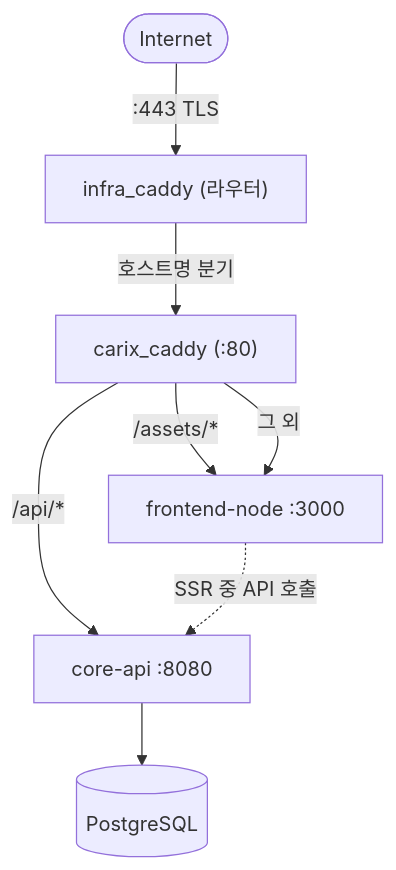
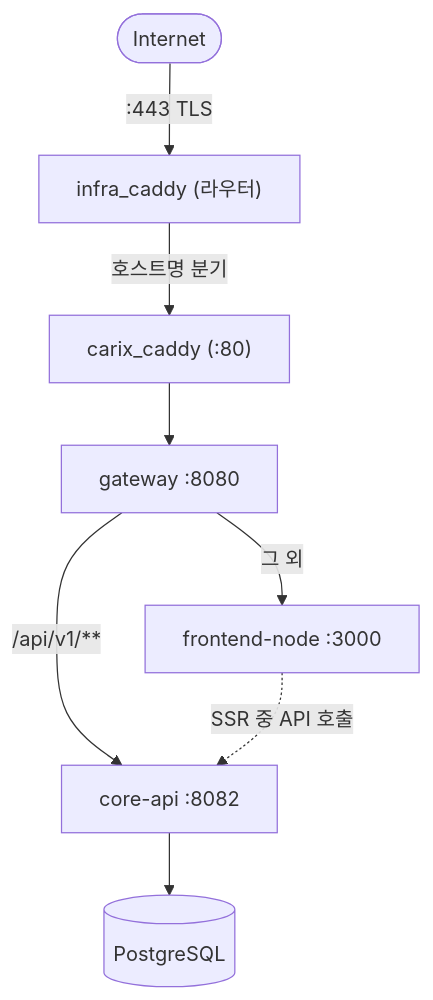
Before and after one commit to SeoHyeokGyu/Carix: the diagram in docs/specs/frontend-design.md, drawn with Mermaid. The commit also changed other lines of this file and 3 other files, not shown here.

First line of the commit message:
docs: Gateway 도입 상태 반영 (spring-cloud-architecture.md, backend/README.md 외)

````diff
--- a/docs/specs/frontend-design.md
+++ b/docs/specs/frontend-design.md
@@ -34,10 +34,10 @@
 ```mermaid
 flowchart TD
     Internet([Internet]) -->|":443 TLS"| Router["infra_caddy (라우터)"]
     Router -->|"호스트명 분기"| CarixCaddy["carix_caddy (:80)"]
-    CarixCaddy -->|"/api/*"| SpringBoot["core-api :8080"]
-    CarixCaddy -->|"/assets/*"| NodeSSR
-    CarixCaddy -->|"그 외"| NodeSSR["frontend-node :3000"]
+    CarixCaddy --> GW["gateway :8080"]
+    GW -->|"/api/v1/**"| SpringBoot["core-api :8082"]
+    GW -->|"그 외"| NodeSSR["frontend-node :3000"]
     NodeSSR -.->|"SSR 중 API 호출"| SpringBoot
     SpringBoot --> DB[(PostgreSQL)]
 ```
````
